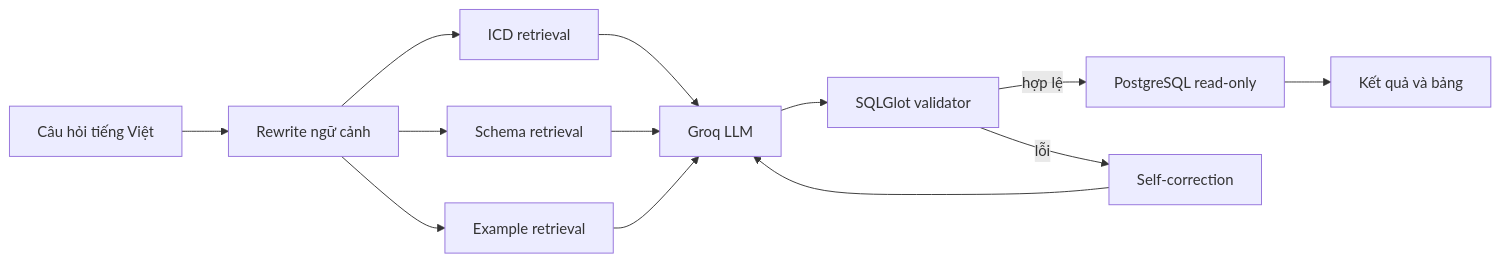
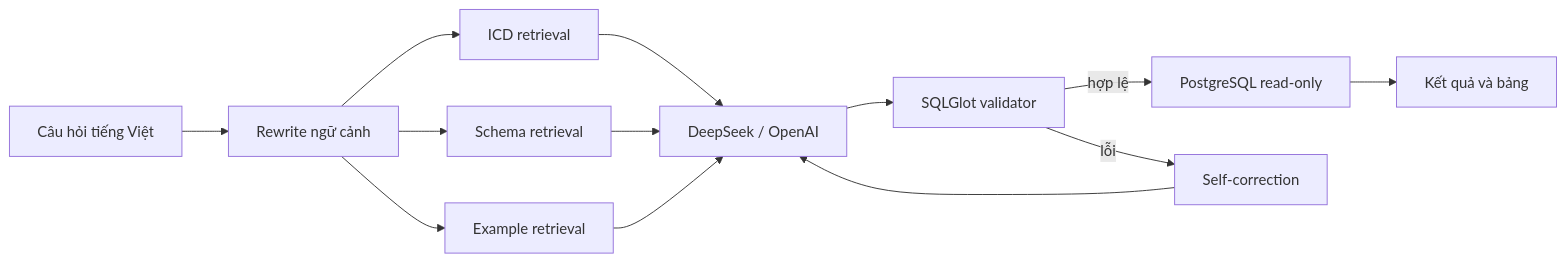
The diagram in README.md (TranDaiHai2107/text_to_SQL), drawn with Mermaid before and after one commit. The commit also changed other lines of this file and 198 other files, not shown here.

````diff
--- a/README.md
+++ b/README.md
@@ -17,15 +19,15 @@
 ```mermaid
 flowchart LR
     Q[Câu hỏi tiếng Việt] --> W[Rewrite ngữ cảnh]
     W --> I[ICD retrieval]
     W --> S[Schema retrieval]
     W --> E[Example retrieval]
-    I --> L[Groq LLM]
+    I --> L[DeepSeek / OpenAI]
     S --> L
     E --> L
     L --> V[SQLGlot validator]
     V -->|hợp lệ| R[PostgreSQL read-only]
     V -->|lỗi| F[Self-correction]
     R --> A[Kết quả và bảng]
     F --> L
 ```
````
